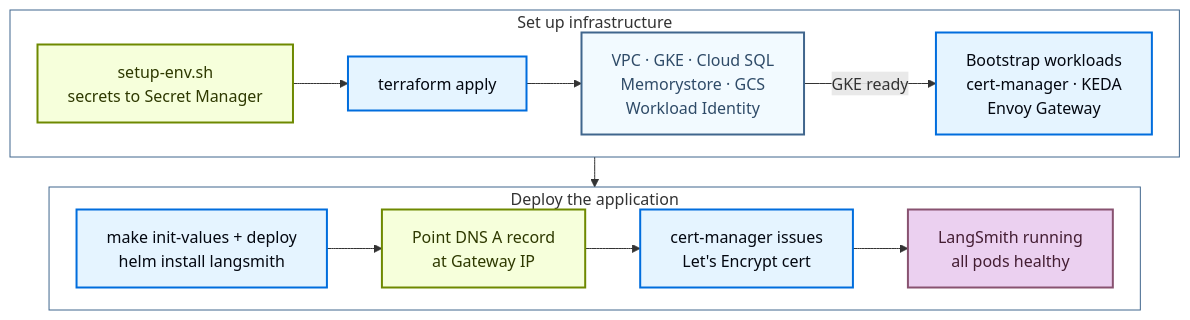
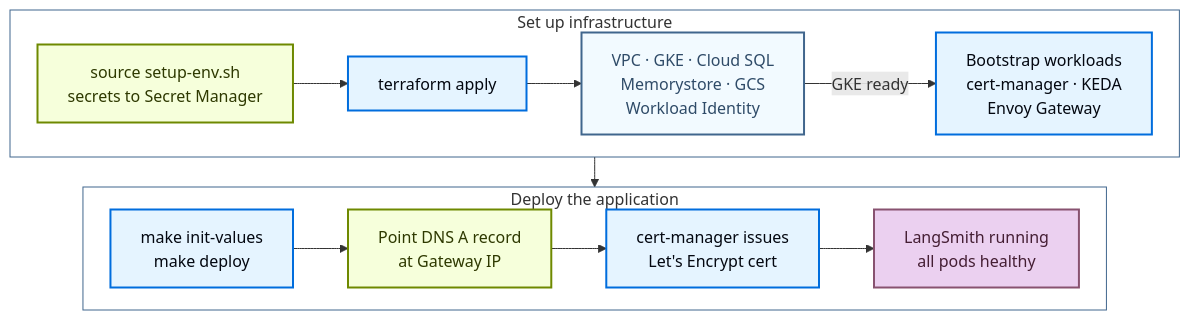
One commit to Eyre921/ofiicial-developer-docs changed the diagram in agent-frameworks/langchain/pages/langsmith/self-host-terraform-gcp-deploy.md. Above: the diagram before and after it, drawn with Mermaid. The commit also changed other lines of this file and 296 other files, not shown here.

````diff
--- a/agent-frameworks/langchain/pages/langsmith/self-host-terraform-gcp-deploy.md
+++ b/agent-frameworks/langchain/pages/langsmith/self-host-terraform-gcp-deploy.md
@@ -18,34 +18,34 @@
 ```mermaid actions={false} theme={"theme":{"light":"catppuccin-latte","dark":"catppuccin-mocha"}}
 %%{init: {'flowchart': {'nodeSpacing': 25, 'rankSpacing': 30}}}%%
 graph TB
     subgraph stage1["Set up infrastructure"]
         direction LR
-        Start["setup-env.sh<br/>secrets to Secret Manager"]
+        Start["source setup-env.sh<br/>secrets to Secret Manager"]
         TF["terraform apply"]
         Infra["VPC · GKE · Cloud SQL<br/>Memorystore · GCS<br/>Workload Identity"]
         Bootstrap["Bootstrap workloads<br/>cert-manager · KEDA<br/>Envoy Gateway"]
         Start --> TF --> Infra -->|GKE ready| Bootstrap
     end
     subgraph stage2["Deploy the application"]
         direction LR
-        Deploy["make init-values + deploy<br/>helm install langsmith"]
+        Deploy["make init-values<br/>make deploy"]
         DNS["Point DNS A record<br/>at Gateway IP"]
         Cert["cert-manager issues<br/>Let's Encrypt cert"]
         Running["LangSmith running<br/>all pods healthy"]
         Deploy --> DNS --> Cert --> Running
     end
     stage1 --> stage2
 
     classDef trigger fill:#F6FFDB,stroke:#6E8900,stroke-width:2px,color:#2E3900
     classDef process fill:#E5F4FF,stroke:#006DDD,stroke-width:2px,color:#030710
     classDef neutral fill:#F2FAFF,stroke:#40668D,stroke-width:2px,color:#2F4B68
     classDef output fill:#EBD0F0,stroke:#885270,stroke-width:2px,color:#441E33
 
     class Start,DNS trigger
     class TF,Bootstrap,Deploy,Cert process
     class Infra neutral
     class Running output
 
     style stage1 fill:none,stroke:#40668D,stroke-width:1px
     style stage2 fill:none,stroke:#40668D,stroke-width:1px
 ```
````
